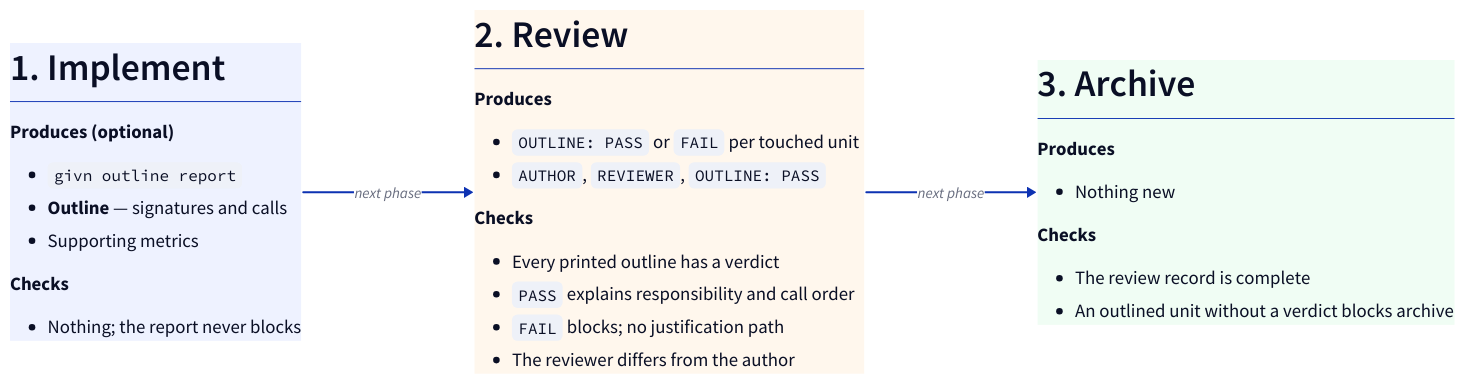
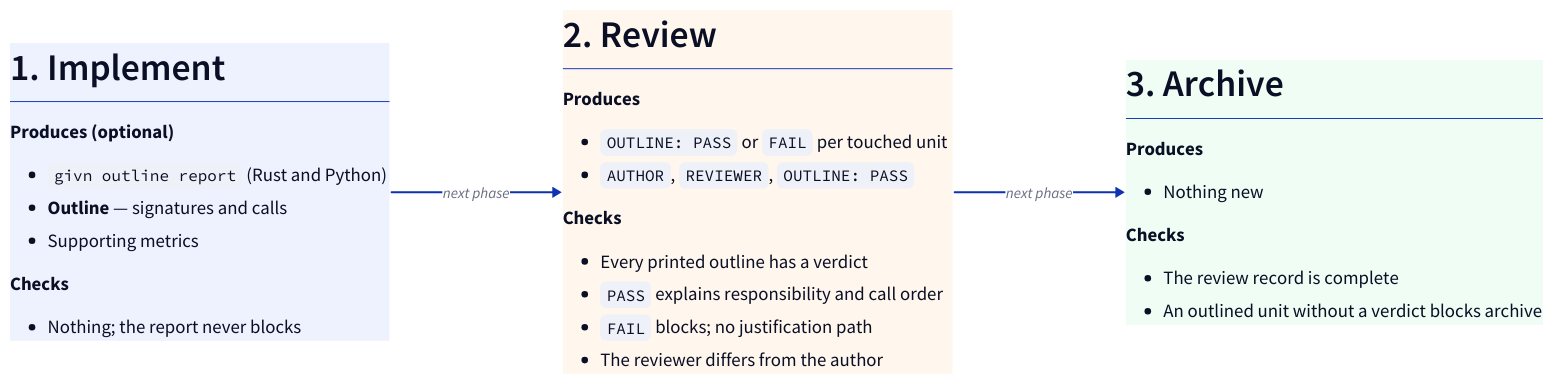
One commit to buster/givn changed the diagram in docs/outline-workflow.d2. Above: the diagram before and after it, drawn with D2. The commit also changed 12 other files, not shown here.

First line of the commit message:
docs(outline): document the Rust and Python language scope

```diff
--- a/docs/outline-workflow.d2
+++ b/docs/outline-workflow.d2
@@ -1,63 +1,63 @@
 direction: right
 
 
 implement: |md
   # 1. Implement
 
   **Produces (optional)**
 
-  - `givn outline report`
+  - `givn outline report` (Rust and Python)
   - **Outline** — signatures and calls
   - Supporting metrics
 
   **Checks**
 
   - Nothing; the report never blocks
 | {
   style.fill: "#eef2ff"
   style.stroke: "#4f46e5"
   style.border-radius: 10
   style.font-size: 20
 }
 
 review: |md
   # 2. Review
 
   **Produces**
 
   - `OUTLINE: PASS` or `FAIL` per touched unit
   - `AUTHOR`, `REVIEWER`, `OUTLINE: PASS`
 
   **Checks**
 
   - Every printed outline has a verdict
   - `PASS` explains responsibility and call order
   - `FAIL` blocks; no justification path
   - The reviewer differs from the author
 | {
   style.fill: "#fff7ed"
   style.stroke: "#ea580c"
   style.border-radius: 10
   style.font-size: 20
 }
 
 archive: |md
   # 3. Archive
 
   **Produces**
 
   - Nothing new
 
   **Checks**
 
   - The review record is complete
   - An outlined unit without a verdict blocks archive
 | {
   style.fill: "#f0fdf4"
   style.stroke: "#16a34a"
   style.border-radius: 10
   style.font-size: 20
 }
 
 implement -> review: "next phase"
 review -> archive: "next phase"
```
